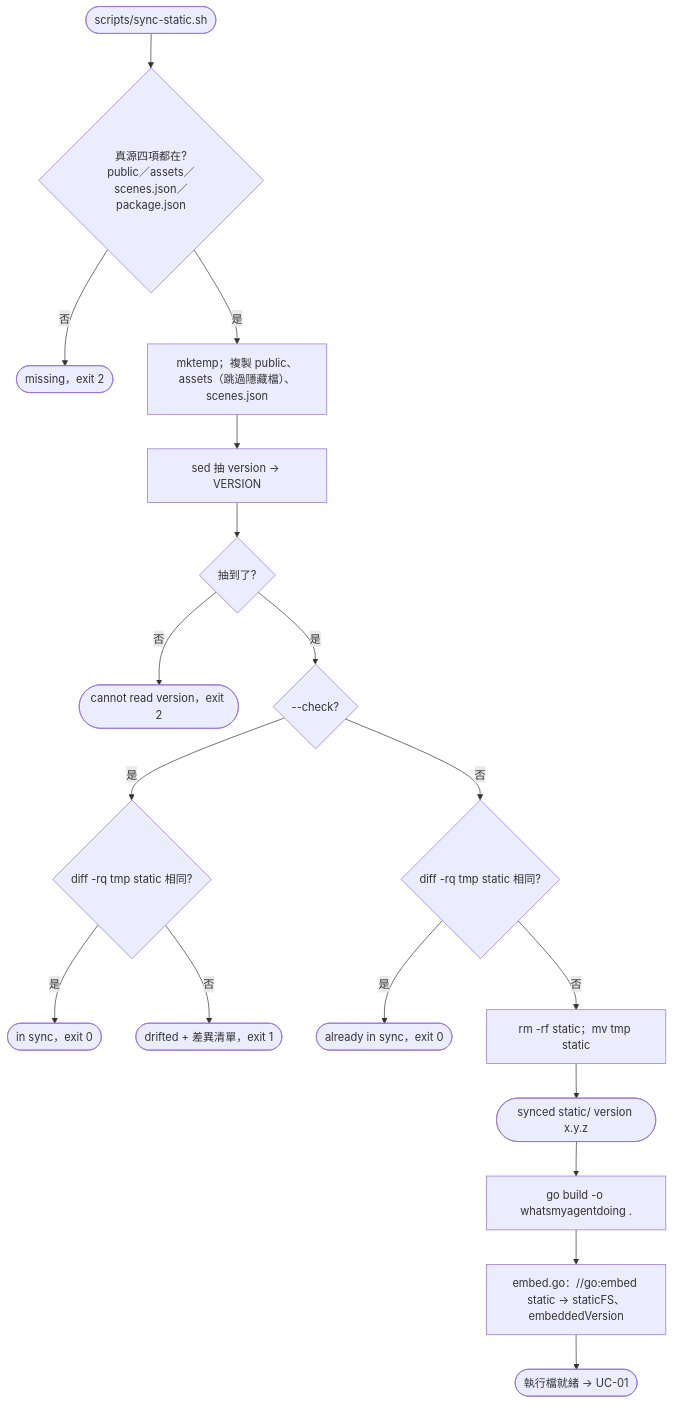
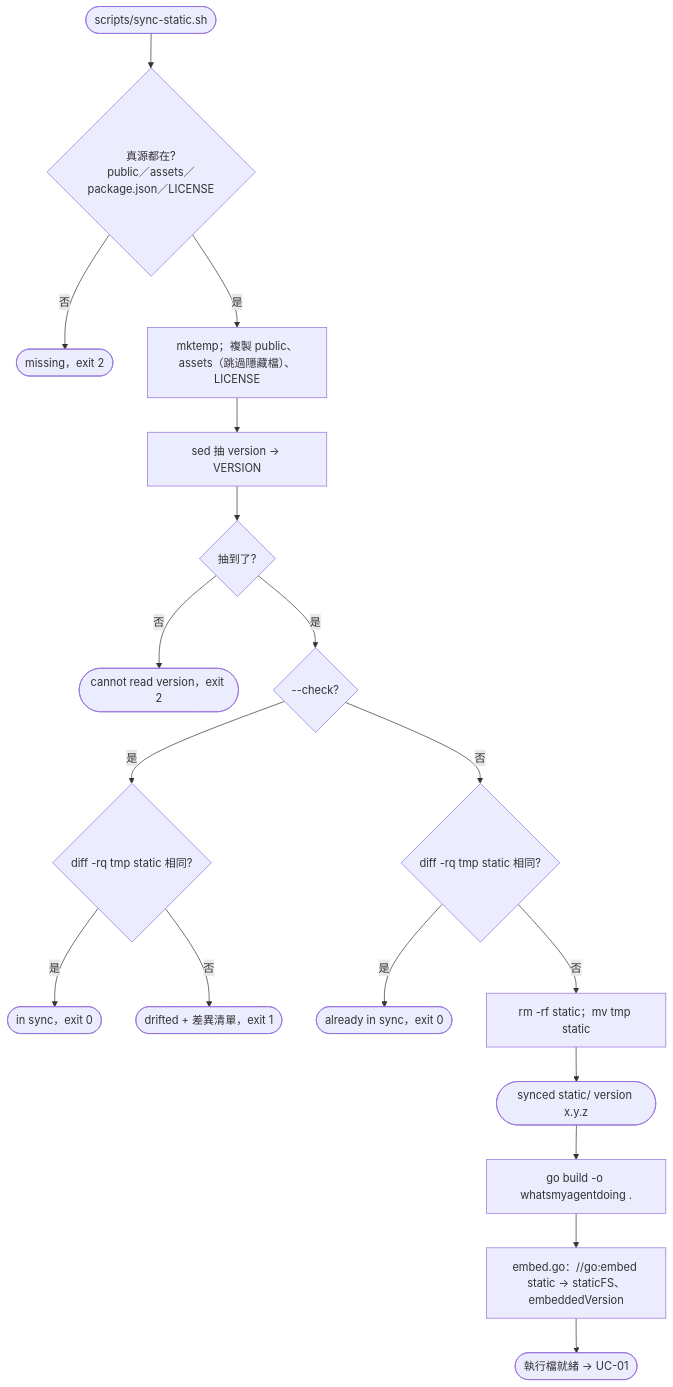
The first of 2 diagrams in go-app/jerry-report/UC-09-build-and-sync.md (lazyjerry/whatsmyagentdoing), drawn with Mermaid before and after one commit. The commit also changed other lines of this file and 12 other files, not shown here.

````diff
--- a/go-app/jerry-report/UC-09-build-and-sync.md
+++ b/go-app/jerry-report/UC-09-build-and-sync.md
@@ -44,20 +44,20 @@
 ```mermaid
 flowchart TD
-  A([scripts/sync-static.sh]) --> B{"真源四項都在?<br/>public／assets／scenes.json／package.json"}
+  A([scripts/sync-static.sh]) --> B{"真源都在?<br/>public／assets／package.json／LICENSE"}
   B -->|否| B1([missing，exit 2])
-  B -->|是| C["mktemp；複製 public、assets（跳過隱藏檔）、scenes.json"]
+  B -->|是| C["mktemp；複製 public、assets（跳過隱藏檔）、LICENSE"]
   C --> D["sed 抽 version → VERSION"]
   D --> D1{抽到了?}
   D1 -->|否| D2([cannot read version，exit 2])
   D1 -->|是| E{--check?}
   E -->|是| F{"diff -rq tmp static 相同?"}
   F -->|是| F1([in sync，exit 0])
   F -->|否| F2([drifted + 差異清單，exit 1])
   E -->|否| G{"diff -rq tmp static 相同?"}
   G -->|是| G1([already in sync，exit 0])
   G -->|否| H["rm -rf static；mv tmp static"]
   H --> I([synced static/ version x.y.z])
   I --> J["go build -o whatsmyagentdoing ."]
   J --> K["embed.go：//go:embed static → staticFS、embeddedVersion"]
   K --> L([執行檔就緒 → UC-01])
 ```
````
